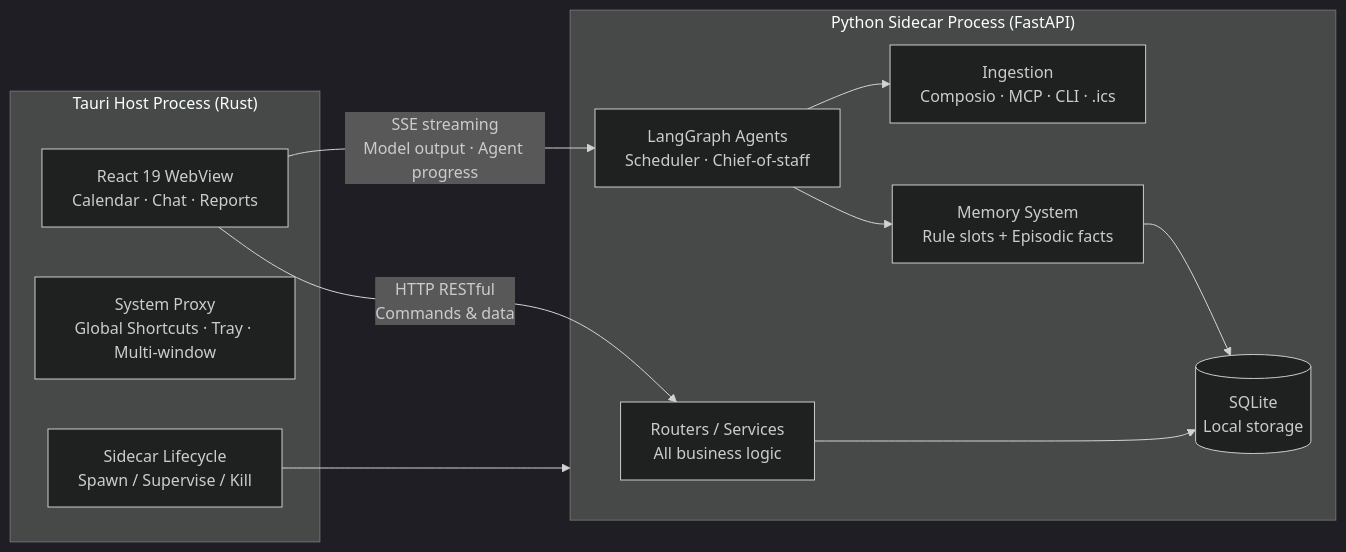
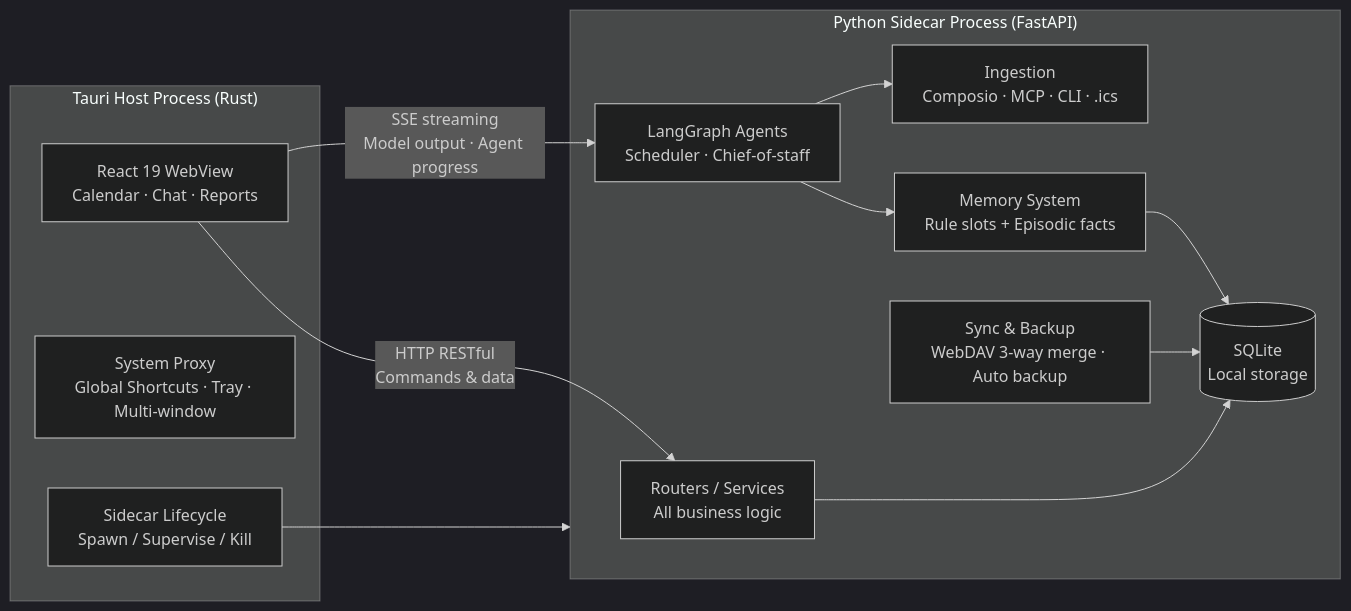
One commit to HatBoy/Clara changed the diagram in README.en.md. Above: the diagram before and after it, drawn with Mermaid (dark theme). The commit also changed other lines of this file and 1 other file, not shown here.

````diff
--- a/README.en.md
+++ b/README.en.md
@@ -128,22 +142,24 @@
 ```mermaid
 flowchart LR
     subgraph HOST["Tauri Host Process (Rust)"]
         UI["React 19 WebView<br/>Calendar · Chat · Reports"]
         SYS["System Proxy<br/>Global Shortcuts · Tray · Multi-window"]
         LIFE["Sidecar Lifecycle<br/>Spawn / Supervise / Kill"]
     end
     subgraph SIDE["Python Sidecar Process (FastAPI)"]
         API["Routers / Services<br/>All business logic"]
         AGENT["LangGraph Agents<br/>Scheduler · Chief-of-staff"]
         MEM["Memory System<br/>Rule slots + Episodic facts"]
         ING["Ingestion<br/>Composio · MCP · CLI · .ics"]
+        SYNC["Sync & Backup<br/>WebDAV 3-way merge · Auto backup"]
         DB[("SQLite<br/>Local storage")]
     end
     UI -->|"HTTP RESTful<br/>Commands & data"| API
     UI -->|"SSE streaming<br/>Model output · Agent progress"| AGENT
     LIFE --> SIDE
     AGENT --> MEM
     AGENT --> ING
     API --> DB
     MEM --> DB
+    SYNC --> DB
 ```
````
